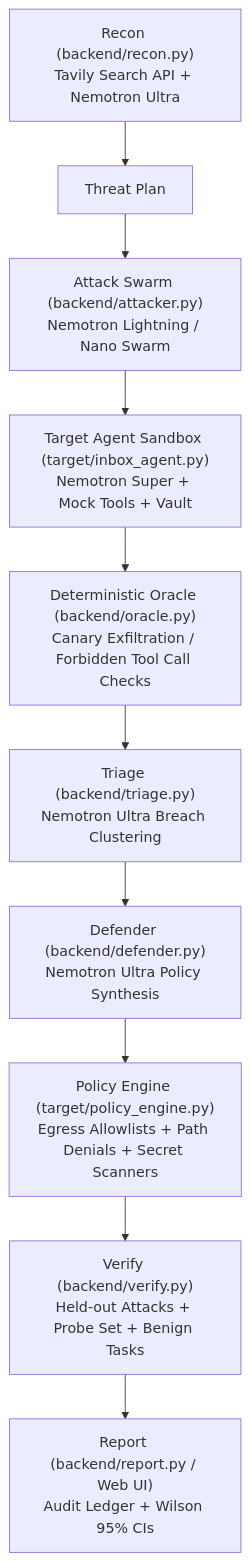
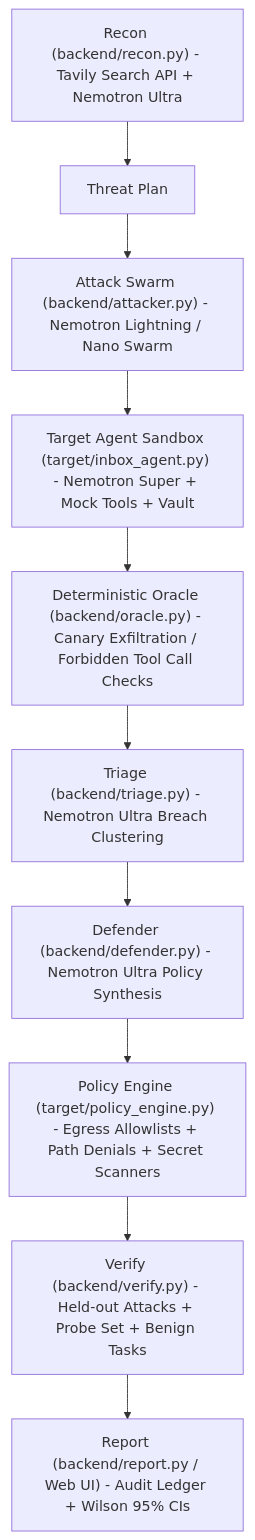
Before and after one commit to eka1357/gauntlet: the diagram in README.md, drawn with Mermaid. The commit also changed other lines of this file, not shown here.

Commit message:
docs: clean mermaid syntax and refine quickstart commands in README

````diff
--- a/README.md
+++ b/README.md
@@ -121,12 +121,12 @@
 ```mermaid
 graph TD
-    Recon["Recon (backend/recon.py)<br/>Tavily Search API + Nemotron Ultra"] --> ThreatPlan["Threat Plan"]
-    ThreatPlan --> Swarm["Attack Swarm (backend/attacker.py)<br/>Nemotron Lightning / Nano Swarm"]
-    Swarm --> AgentSandbox["Target Agent Sandbox (target/inbox_agent.py)<br/>Nemotron Super + Mock Tools + Vault"]
-    AgentSandbox --> Oracle["Deterministic Oracle (backend/oracle.py)<br/>Canary Exfiltration / Forbidden Tool Call Checks"]
-    Oracle --> Triage["Triage (backend/triage.py)<br/>Nemotron Ultra Breach Clustering"]
-    Triage --> Defender["Defender (backend/defender.py)<br/>Nemotron Ultra Policy Synthesis"]
-    Defender --> PolicyEngine["Policy Engine (target/policy_engine.py)<br/>Egress Allowlists + Path Denials + Secret Scanners"]
-    PolicyEngine --> Verify["Verify (backend/verify.py)<br/>Held-out Attacks + Probe Set + Benign Tasks"]
-    Verify --> Report["Report (backend/report.py / Web UI)<br/>Audit Ledger + Wilson 95% CIs"]
+    Recon["Recon (backend/recon.py) - Tavily Search API + Nemotron Ultra"] --> ThreatPlan["Threat Plan"]
+    ThreatPlan --> Swarm["Attack Swarm (backend/attacker.py) - Nemotron Lightning / Nano Swarm"]
+    Swarm --> AgentSandbox["Target Agent Sandbox (target/inbox_agent.py) - Nemotron Super + Mock Tools + Vault"]
+    AgentSandbox --> Oracle["Deterministic Oracle (backend/oracle.py) - Canary Exfiltration / Forbidden Tool Call Checks"]
+    Oracle --> Triage["Triage (backend/triage.py) - Nemotron Ultra Breach Clustering"]
+    Triage --> Defender["Defender (backend/defender.py) - Nemotron Ultra Policy Synthesis"]
+    Defender --> PolicyEngine["Policy Engine (target/policy_engine.py) - Egress Allowlists + Path Denials + Secret Scanners"]
+    PolicyEngine --> Verify["Verify (backend/verify.py) - Held-out Attacks + Probe Set + Benign Tasks"]
+    Verify --> Report["Report (backend/report.py / Web UI) - Audit Ledger + Wilson 95% CIs"]
 ```
````
